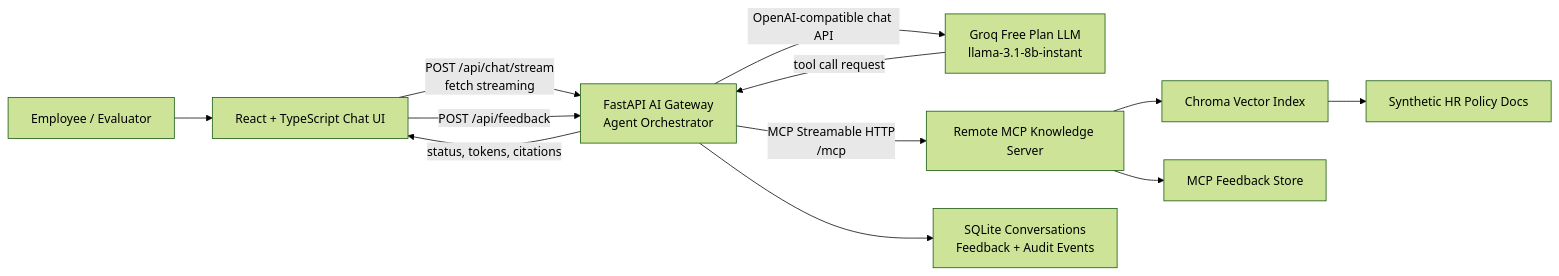
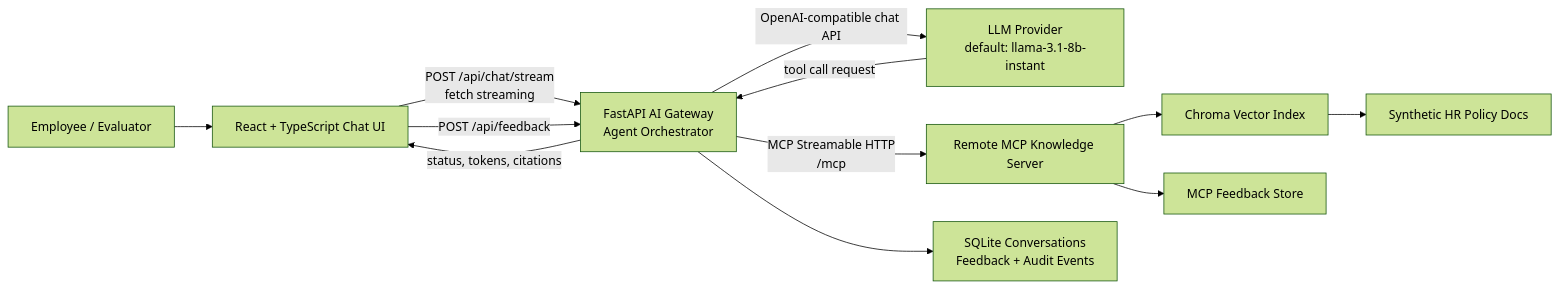
Before and after one commit to katrevula/enterprise-knowledge-copilot: the first of 4 diagrams in docs/DIAGRAMS.md, drawn with Mermaid (forest theme). The commit also changed other lines of this file and 18 other files, not shown here.

````diff
--- a/docs/DIAGRAMS.md
+++ b/docs/DIAGRAMS.md
@@ -5,16 +5,16 @@
 ```mermaid
 flowchart LR
     user["Employee / Evaluator"] --> ui["React + TypeScript Chat UI"]
     ui -->|"POST /api/chat/stream<br/>fetch streaming"| gateway["FastAPI AI Gateway<br/>Agent Orchestrator"]
     ui -->|"POST /api/feedback"| gateway
 
-    gateway -->|"OpenAI-compatible chat API"| groq["Groq Free Plan LLM<br/>llama-3.1-8b-instant"]
-    groq -->|"tool call request"| gateway
+    gateway -->|"OpenAI-compatible chat API"| llm["LLM Provider<br/>default: llama-3.1-8b-instant"]
+    llm -->|"tool call request"| gateway
     gateway -->|"MCP Streamable HTTP<br/>/mcp"| mcp["Remote MCP Knowledge Server"]
     mcp --> chroma["Chroma Vector Index"]
     chroma --> docs["Synthetic HR Policy Docs"]
     gateway --> sqlite["SQLite Conversations<br/>Feedback + Audit Events"]
     mcp --> feedback["MCP Feedback Store"]
 
     gateway -->|"status, tokens, citations"| ui
 ```
````
